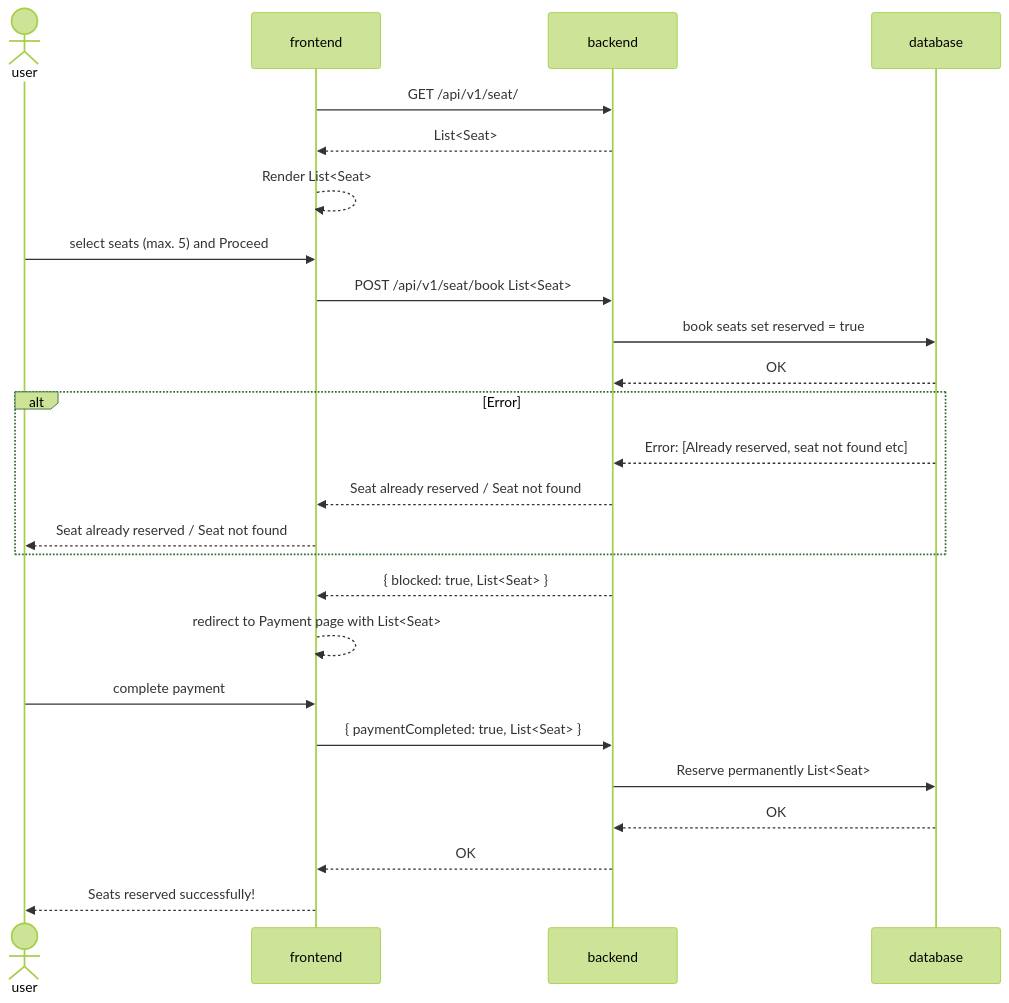
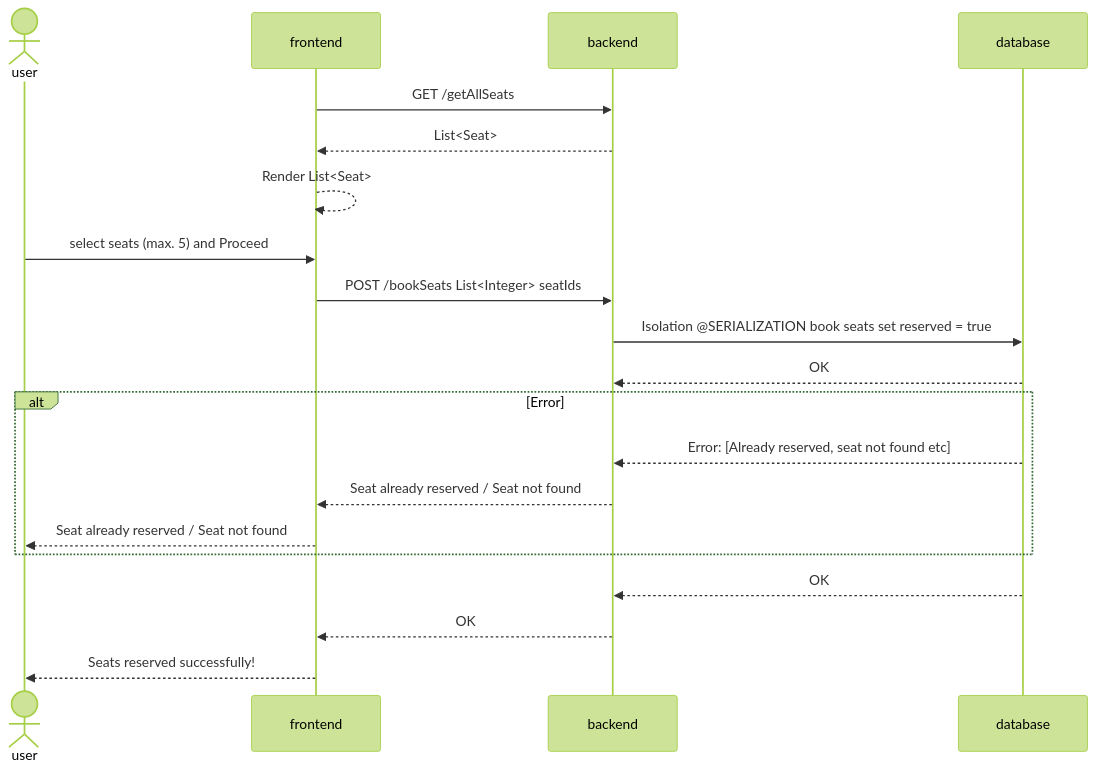
One commit to akormous/seat-select-simulator changed the first of 2 diagrams in README.md. Above: the diagram before and after it, drawn with Mermaid (forest theme). The commit also changed other lines of this file, not shown here.

````diff
--- a/README.md
+++ b/README.md
@@ -15,32 +15,27 @@
 ```mermaid
 sequenceDiagram
 
 actor u as user
 participant fe as frontend
 participant be as backend
 participant db as database
 
 
-fe ->> be : GET /api/v1/seat/
+fe ->> be : GET /getAllSeats
 be -->> fe : List<Seat>
 fe -->> fe : Render List<Seat>
 u ->> fe : select seats (max. 5) and Proceed
-fe ->> be : POST /api/v1/seat/book List<Seat>
-be ->> db : book seats set reserved = true
+fe ->> be : POST /bookSeats List<Integer> seatIds
+be ->> db : Isolation @SERIALIZATION book seats set reserved = true
 db -->> be : OK
 alt Error
     db -->> be : Error: [Already reserved, seat not found etc]
     be -->> fe : Seat already reserved / Seat not found
     fe -->> u : Seat already reserved / Seat not found
 end
 
-be -->> fe : { blocked: true, List<Seat> }
-fe -->> fe : redirect to Payment page with List<Seat>
-u ->> fe : complete payment
-fe ->> be : { paymentCompleted: true, List<Seat> }
-be ->> db : Reserve permanently List<Seat>
 db -->> be : OK
 be -->> fe : OK
 fe -->> u : Seats reserved successfully!
 
 ```
````
